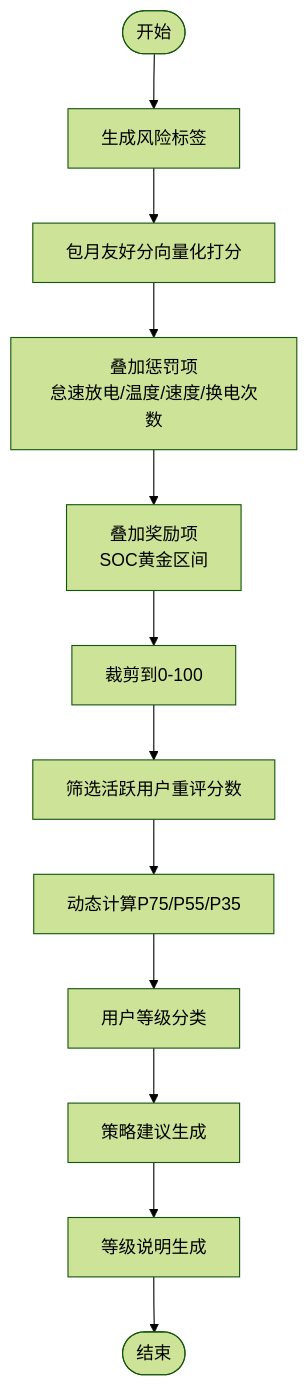
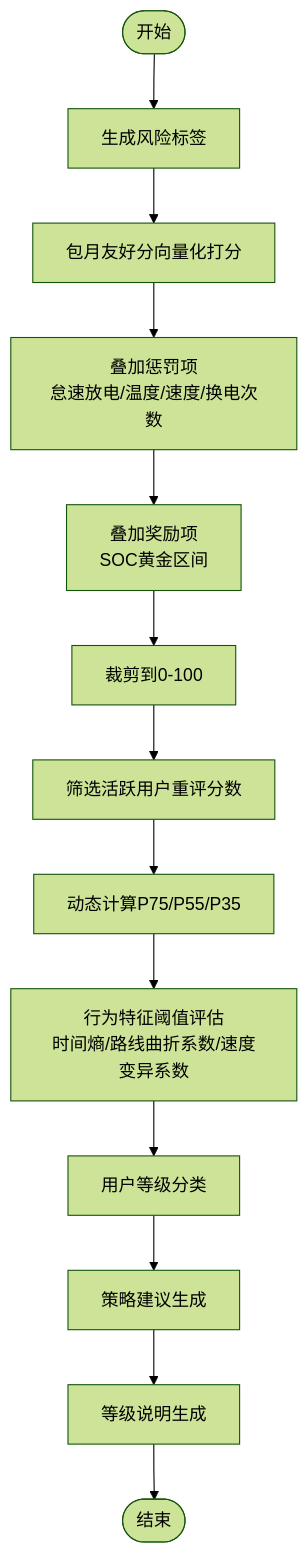
The seventh of 8 diagrams in .qoder/repowiki/zh/content/动态阈值系统.md (cr71111/User_characteristics_repo), drawn with Mermaid (forest theme) before and after one commit. The commit also changed other lines of this file and 158 other files, not shown here.

````diff
--- a/.qoder/repowiki/zh/content/动态阈值系统.md
+++ b/.qoder/repowiki/zh/content/动态阈值系统.md
@@ -248,14 +259,15 @@
 ```mermaid
 flowchart TD
 Start(["开始"]) --> RiskTags["生成风险标签"]
 RiskTags --> MonthlyScore["包月友好分向量化打分"]
 MonthlyScore --> Penalty["叠加惩罚项<br/>怠速放电/温度/速度/换电次数"]
 Penalty --> Bonus["叠加奖励项<br/>SOC黄金区间"]
 Bonus --> Clip["裁剪到0-100"]
 Clip --> ActiveScores["筛选活跃用户重评分数"]
 ActiveScores --> CalcPercentiles["动态计算P75/P55/P35"]
-CalcPercentiles --> LevelClassify["用户等级分类"]
+CalcPercentiles --> BehaviorFeatures["行为特征阈值评估<br/>时间熵/路线曲折系数/速度变异系数"]
+BehaviorFeatures --> LevelClassify["用户等级分类"]
 LevelClassify --> Strategy["策略建议生成"]
 Strategy --> Desc["等级说明生成"]
 Desc --> End(["结束"])
 ```
````
